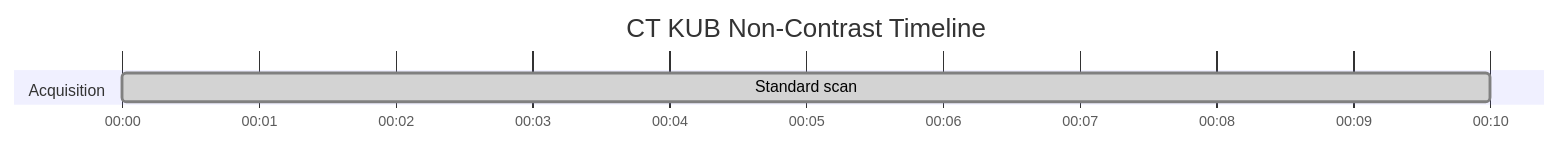
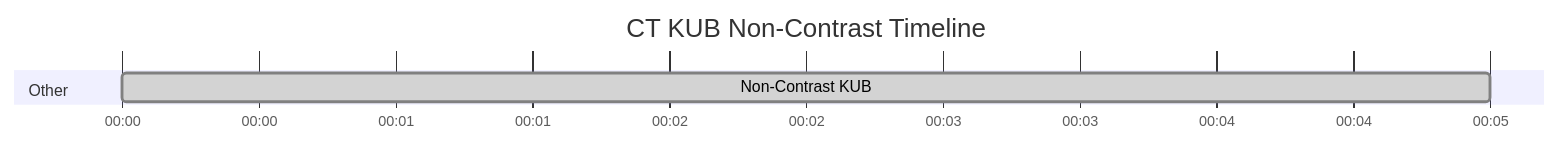
The diagram in docs/ct/abdomen/ct-kub-non-contrast.md (dfergs93/radiology-protocols), drawn with Mermaid before and after one commit. The commit also changed 101 other files, not shown here.

````diff
--- a/docs/ct/abdomen/ct-kub-non-contrast.md
+++ b/docs/ct/abdomen/ct-kub-non-contrast.md
@@ -70,13 +70,15 @@
   ```mermaid
   ---
+  displayMode: compact
   config:
     theme: default
+    themeCSS: " #Saline{ fill: #4ed5ff; stroke: #2094f3; } "
   ---
     gantt
       title CT KUB Non-Contrast Timeline
       dateFormat mm:ss
       axisFormat %M:%S 
       
-      section Acquisition
-      Standard scan    :done, scan1, 00:00, 10s
+      section Other
+      Non-Contrast KUB    :done, scan1, 00:00, 5s
   ```
````
